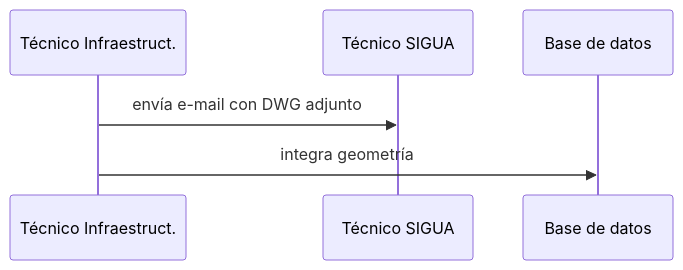
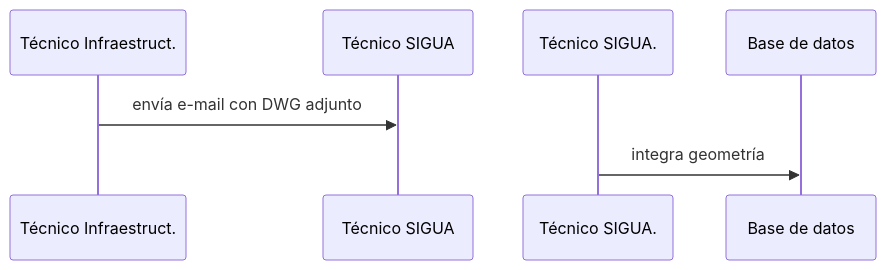
The diagram in ds01.md (labgeo/ua-mods), drawn with Mermaid before and after one commit.

```diff
--- a/ds01.md
+++ b/ds01.md
@@ -5,5 +5,5 @@
 {% mermaid %}
 sequenceDiagram;
   Técnico Infraestruct.->>Técnico SIGUA: envía e-mail con DWG adjunto;
-  Técnico Infraestruct.->>Base de datos: integra geometría;
+  Técnico SIGUA.->>Base de datos: integra geometría;
 {% endmermaid %}
```
